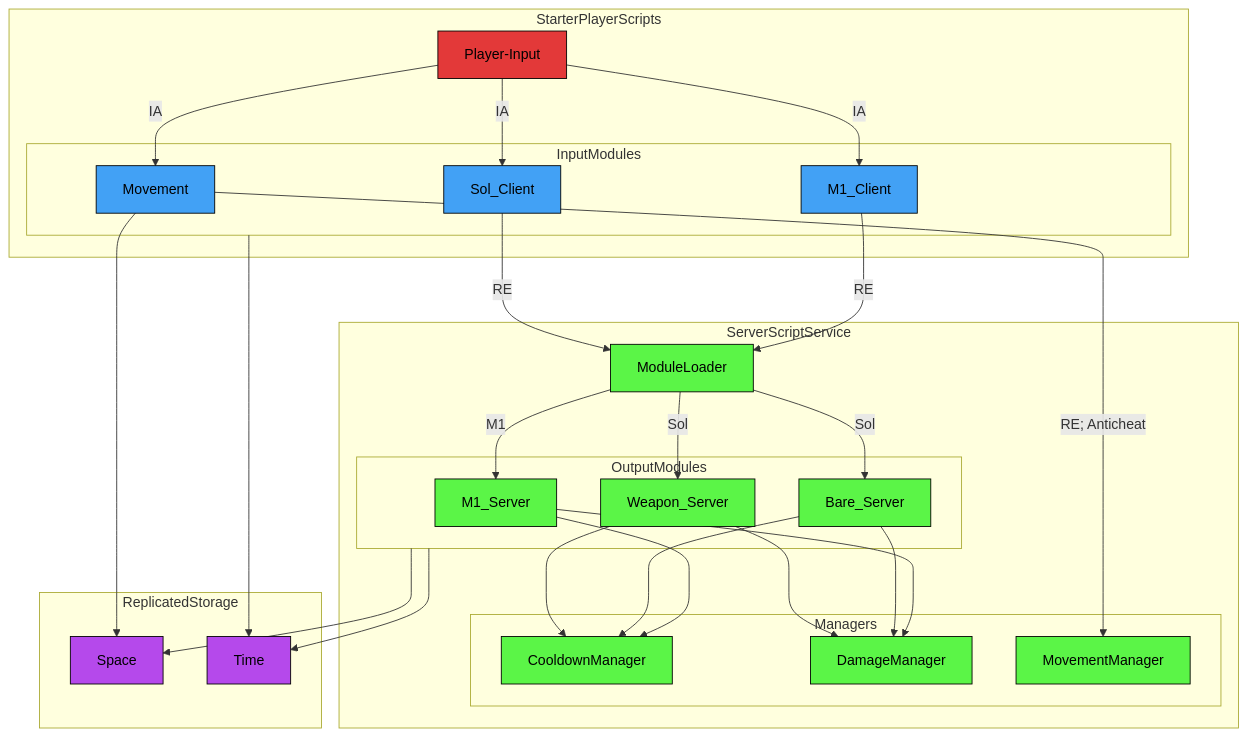
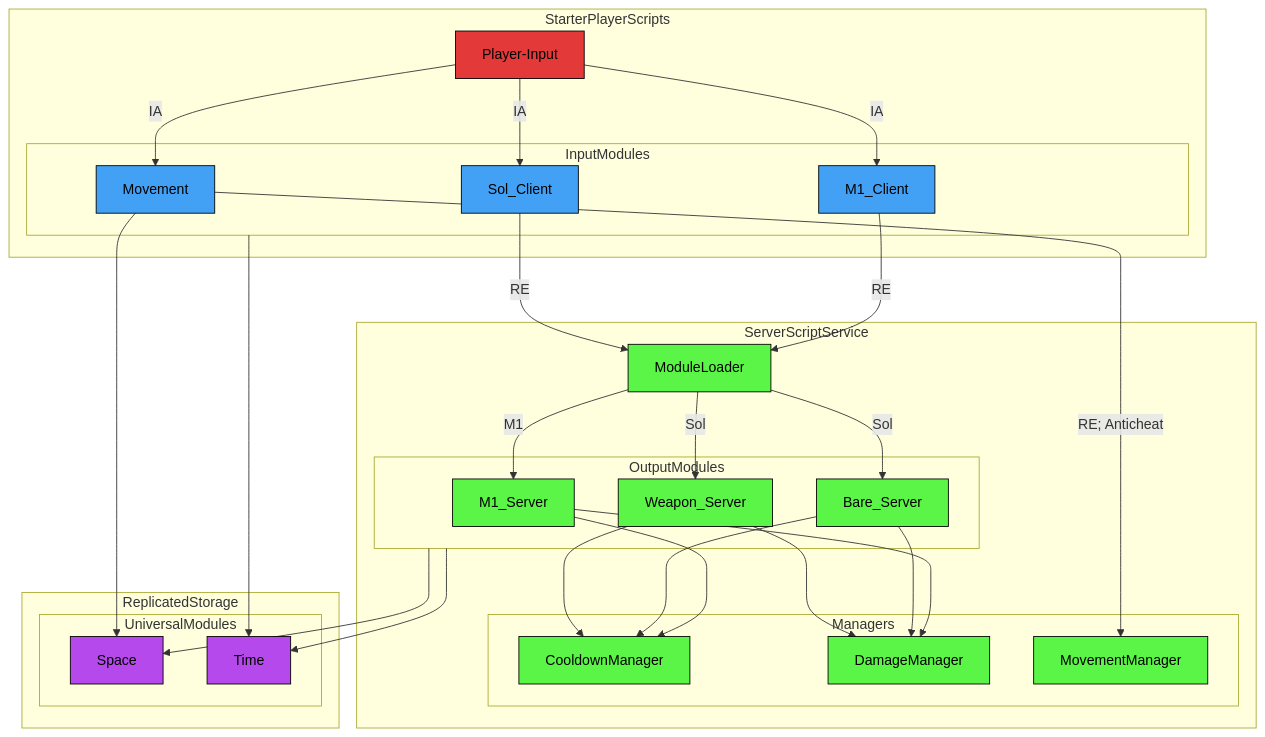
One commit to altair5607249/Crusaders-Game changed the second of 3 diagrams in README.md. Above: the diagram before and after it, drawn with Mermaid. The commit also changed other lines of this file, not shown here.

````diff
--- a/README.md
+++ b/README.md
@@ -112,72 +112,74 @@
 ```mermaid
 flowchart TB;
 
   classDef eventNode fill:#e33939,stroke:#000000,color:#000000
   classDef serverNode fill:#5bf547,stroke:#000000,color:#000000
   classDef clientNode fill:#42a1f5,stroke:#000000,color:#000000
   classDef universalNode fill:#b549eb,stroke:#000000,color:#000000
 
   subgraph StarterPlayerScripts
     subgraph InputModules
       M1_Client;
       Sol_Client;
       Movement;
     end
   
     Player-Input-->|IA| M1_Client;
     Player-Input-->|IA| Sol_Client;
     Player-Input-->|IA| Movement;
   end
 
   M1_Client-->|RE| ModuleLoader;
   Sol_Client-->|RE| ModuleLoader;
   Movement
 
   subgraph ServerScriptService
     ModuleLoader;
 
     subgraph Managers
       CooldownManager;
     end
 
     subgraph OutputModules
       M1_Server;
       Bare_Server;
       Weapon_Server;
     end
   
     subgraph Managers
       DamageManager;
       MovementManager;
     end
   
     ModuleLoader-->|M1| M1_Server
     ModuleLoader-->|Sol| Bare_Server
     ModuleLoader-->|Sol| Weapon_Server
   end
 
   subgraph ReplicatedStorage
-    Space;
-    Time;
+    subgraph UniversalModules
+      Space;
+      Time;
+    end
   end
 
   OutputModules-->Space;
   OutputModules-->Time;
 
   M1_Server-->CooldownManager;
   Bare_Server-->CooldownManager;
   Weapon_Server-->CooldownManager;
 
   M1_Server-->DamageManager;
   Bare_Server-->DamageManager;
   Weapon_Server-->DamageManager;
 
   InputModules-->Time;
   Movement-->Space;
   Movement-->|RE; Anticheat| MovementManager;
 
   class Player-Input eventNode;
   class ModuleLoader,M1_Server,Bare_Server,Weapon_Server,DamageManager,CooldownManager,MovementManager serverNode;
   class ModuleLoader2,M1_Client,Sol_Client,Movement,KnockbackHandler clientNode;
   class Space,Time universalNode;
 ```
````
